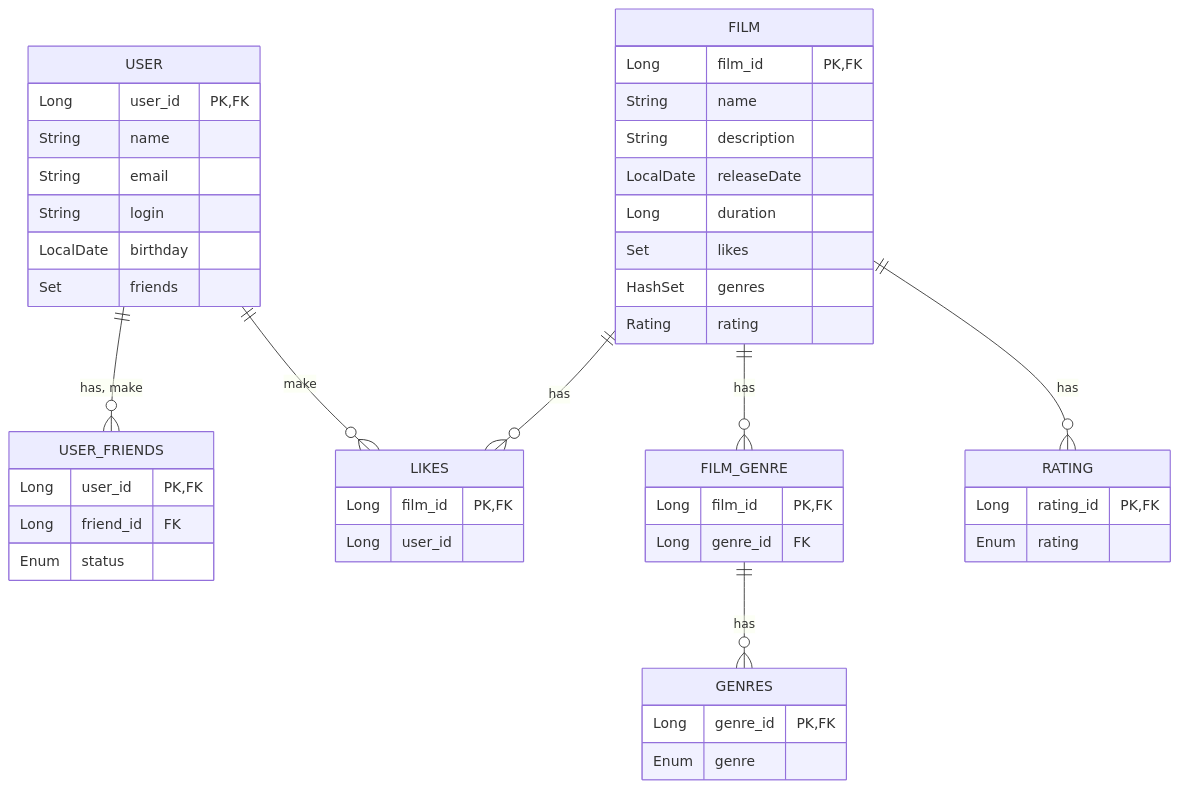
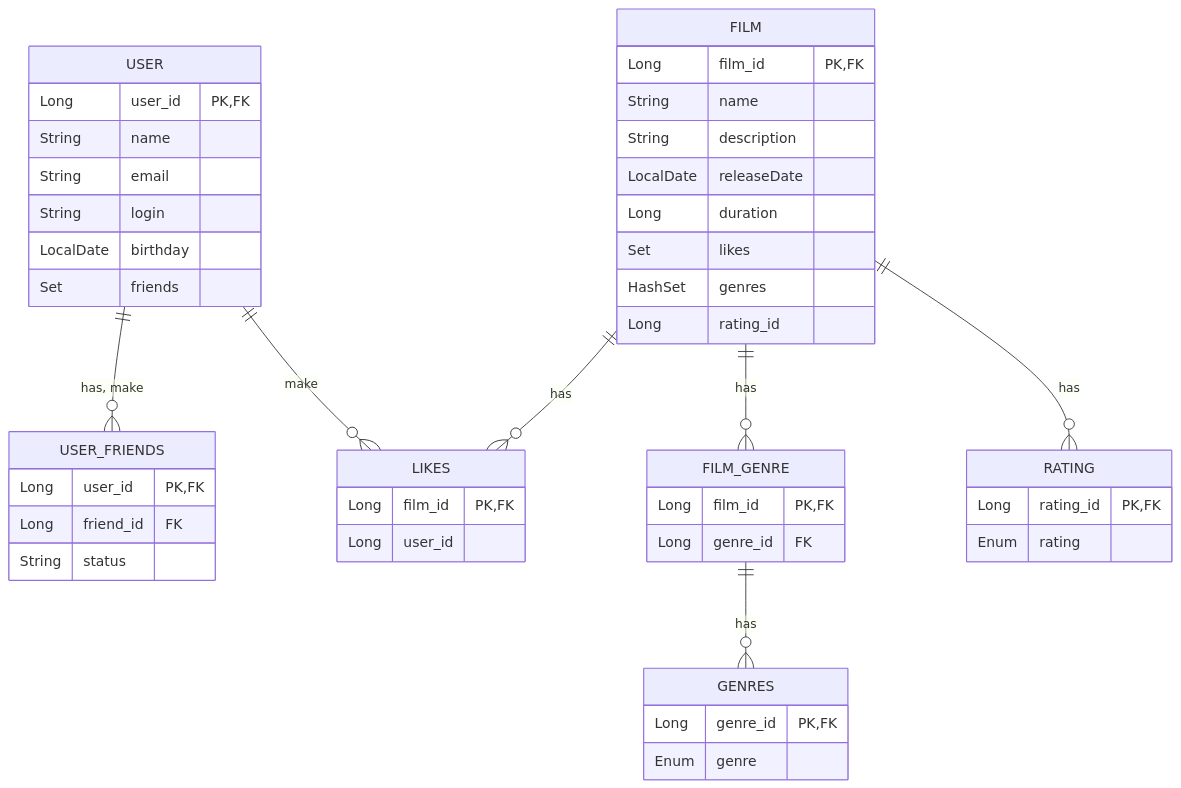
One commit to VolchenkoP/java-filmorate changed the diagram in README.md. Above: the diagram before and after it, drawn with Mermaid. The commit also changed 1 other file, not shown here.

Commit message:
поправить диаграмму 13 и добавить новые сущности 2

````diff
--- a/README.md
+++ b/README.md
@@ -7,48 +7,48 @@
 ```mermaid
 erDiagram
     USER || --o{ USER_FRIENDS : "has, make"
     USER || --o{ LIKES : make
     USER {
     Long user_id PK, FK
     String name
     String email
     String login
     LocalDate birthday
     Set friends
     }
     USER_FRIENDS {
     Long user_id PK, FK
     Long friend_id FK
-    Enum status
+    String status
     }
     FILM || --o{ FILM_GENRE : has
     FILM || --o{ LIKES : has
     FILM || --o{ RATING : has
     FILM {
     Long film_id PK, FK
     String name
     String description
     LocalDate releaseDate
     Long duration
     Set likes
     HashSet genres
-    Rating rating
+    Long rating_id
     }
     FILM_GENRE || --o{ GENRES : has
     FILM_GENRE {
     Long film_id PK, FK
     Long genre_id FK
     }
     GENRES {
     Long genre_id PK, FK
     Enum genre
     }
     RATING {
     Long rating_id PK, FK
     Enum rating
     }
     LIKES {
     Long film_id PK, FK
     Long user_id
     }
 ```
````
